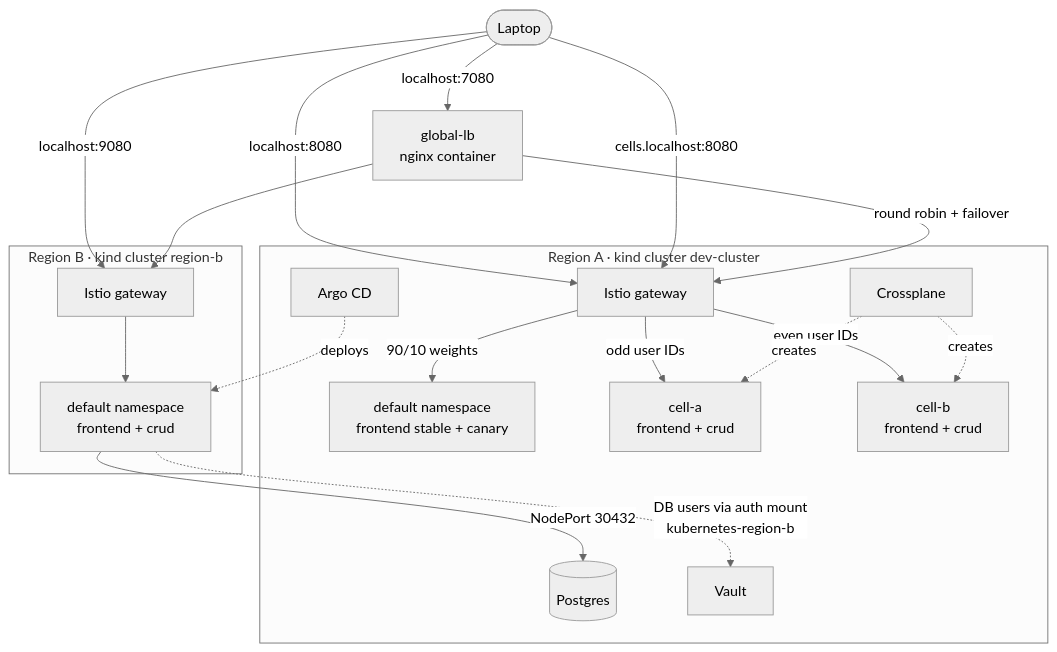
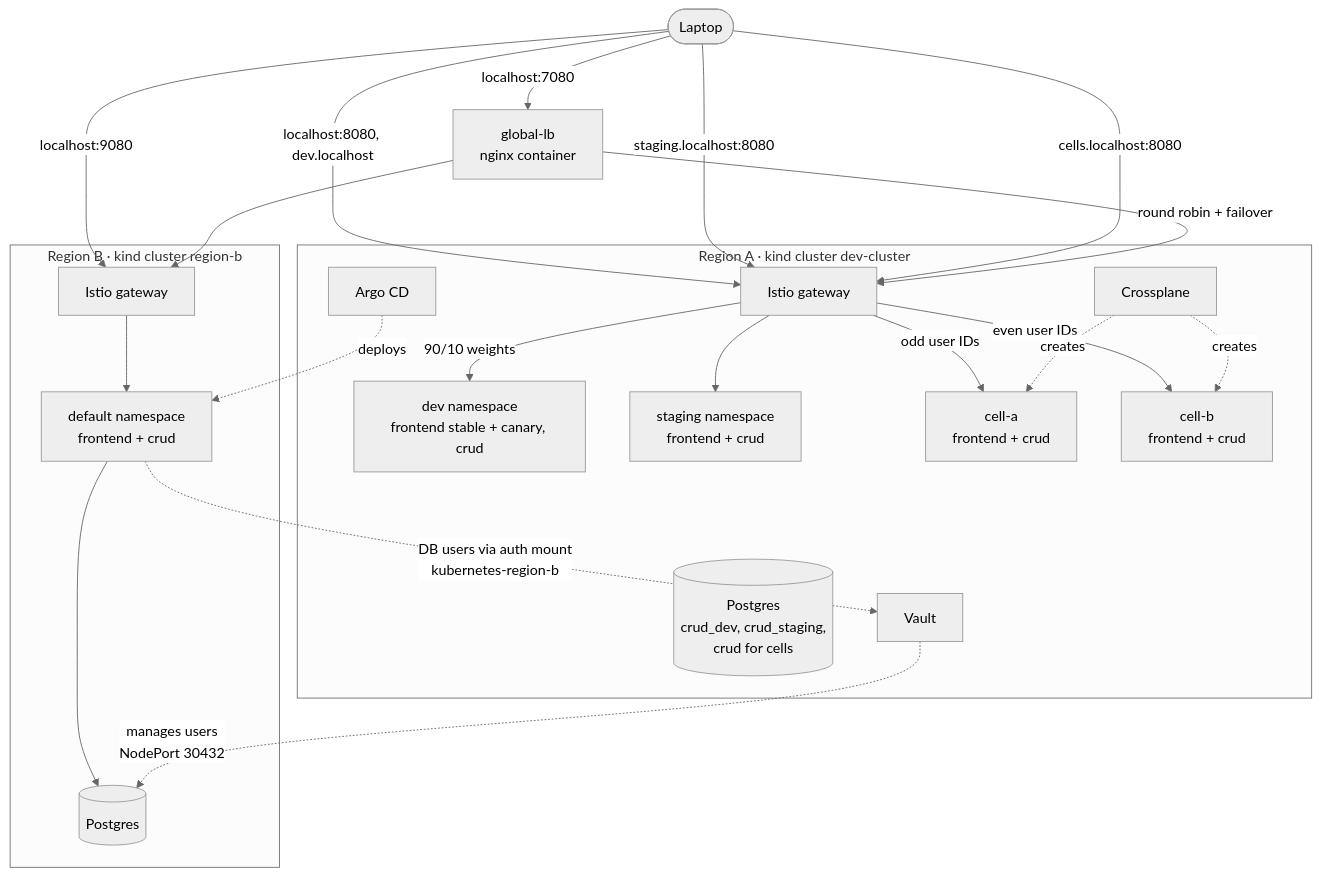
Before and after one commit to mandar33/local-eks-platform: the third of 3 diagrams in README.md, drawn with Mermaid (neutral theme). The commit also changed other lines of this file and 4 other files, not shown here.

Commit message:
phase 6 step C: remove region A's Postgres NodePort; README and notes: per-env databases, region B's own Postgres

````diff
--- a/README.md
+++ b/README.md
@@ -102,30 +102,34 @@
 ```mermaid
 flowchart TB
     user([Laptop]) -->|localhost:7080| lb[global-lb<br/>nginx container]
-    user -->|localhost:8080| gwa
+    user -->|"localhost:8080, dev.localhost"| gwa
+    user -->|staging.localhost:8080| gwa
     user -->|cells.localhost:8080| gwa
     user -->|localhost:9080| gwb
 
     subgraph A["Region A · kind cluster dev-cluster"]
         gwa[Istio gateway]
-        gwa -->|"90/10 weights"| def["default namespace<br/>frontend stable + canary"]
+        gwa -->|"90/10 weights"| def["dev namespace<br/>frontend stable + canary, crud"]
+        gwa --> stg["staging namespace<br/>frontend + crud"]
         gwa -->|"odd user IDs"| ca["cell-a<br/>frontend + crud"]
         gwa -->|"even user IDs"| cb["cell-b<br/>frontend + crud"]
-        pg[(Postgres)]
+        pg[(Postgres<br/>crud_dev, crud_staging,<br/>crud for cells)]
         vault[Vault]
         argo[Argo CD]
         xp[Crossplane]
         xp -. creates .-> ca
         xp -. creates .-> cb
     end
 
     subgraph B["Region B · kind cluster region-b"]
         gwb[Istio gateway] --> defb["default namespace<br/>frontend + crud"]
+        pgb[(Postgres)]
+        defb --> pgb
     end
 
     lb -->|round robin + failover| gwa
     lb --> gwb
-    defb -->|"NodePort 30432"| pg
+    vault -. "manages users<br/>NodePort 30432" .-> pgb
     defb -. "DB users via auth mount<br/>kubernetes-region-b" .-> vault
     argo -. deploys .-> defb
 ```
````
